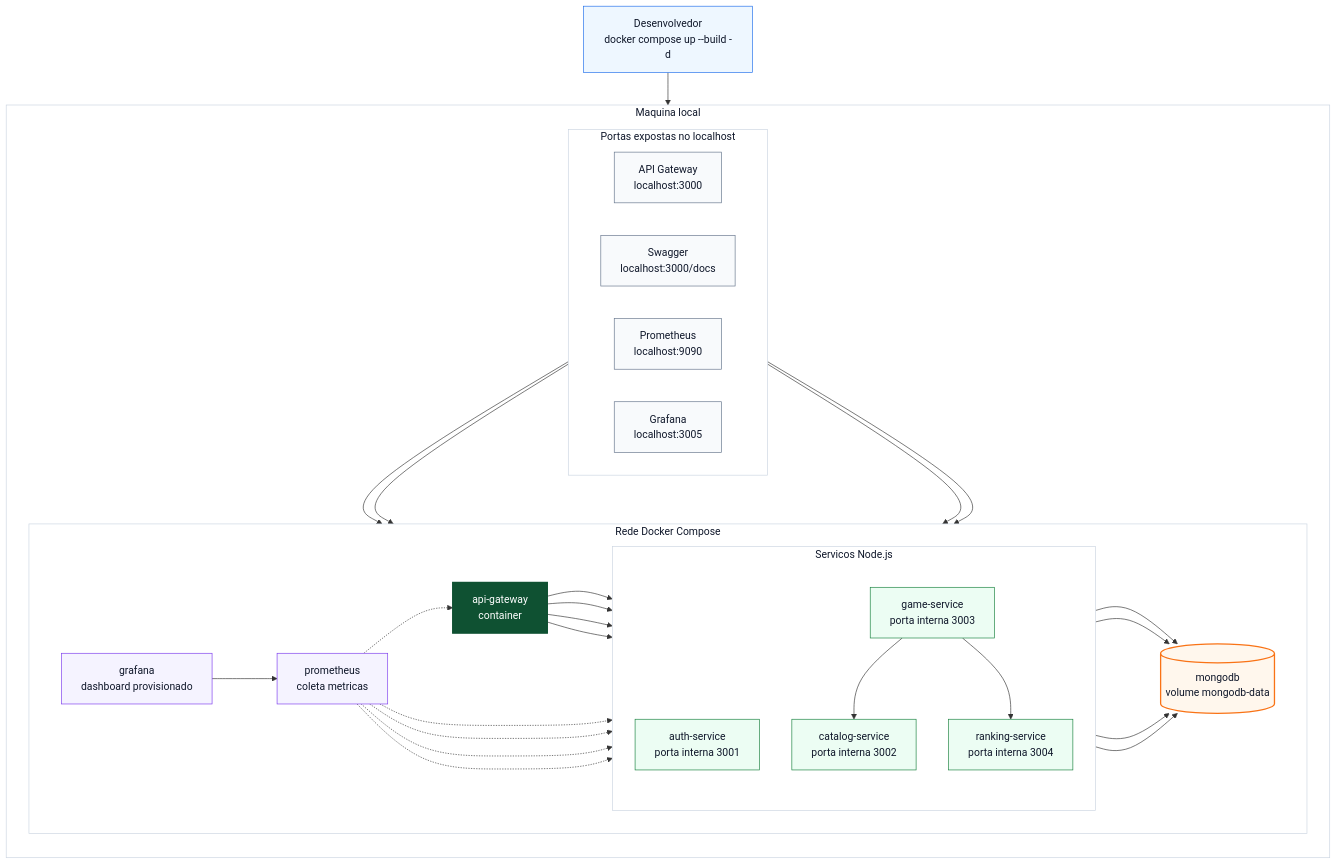
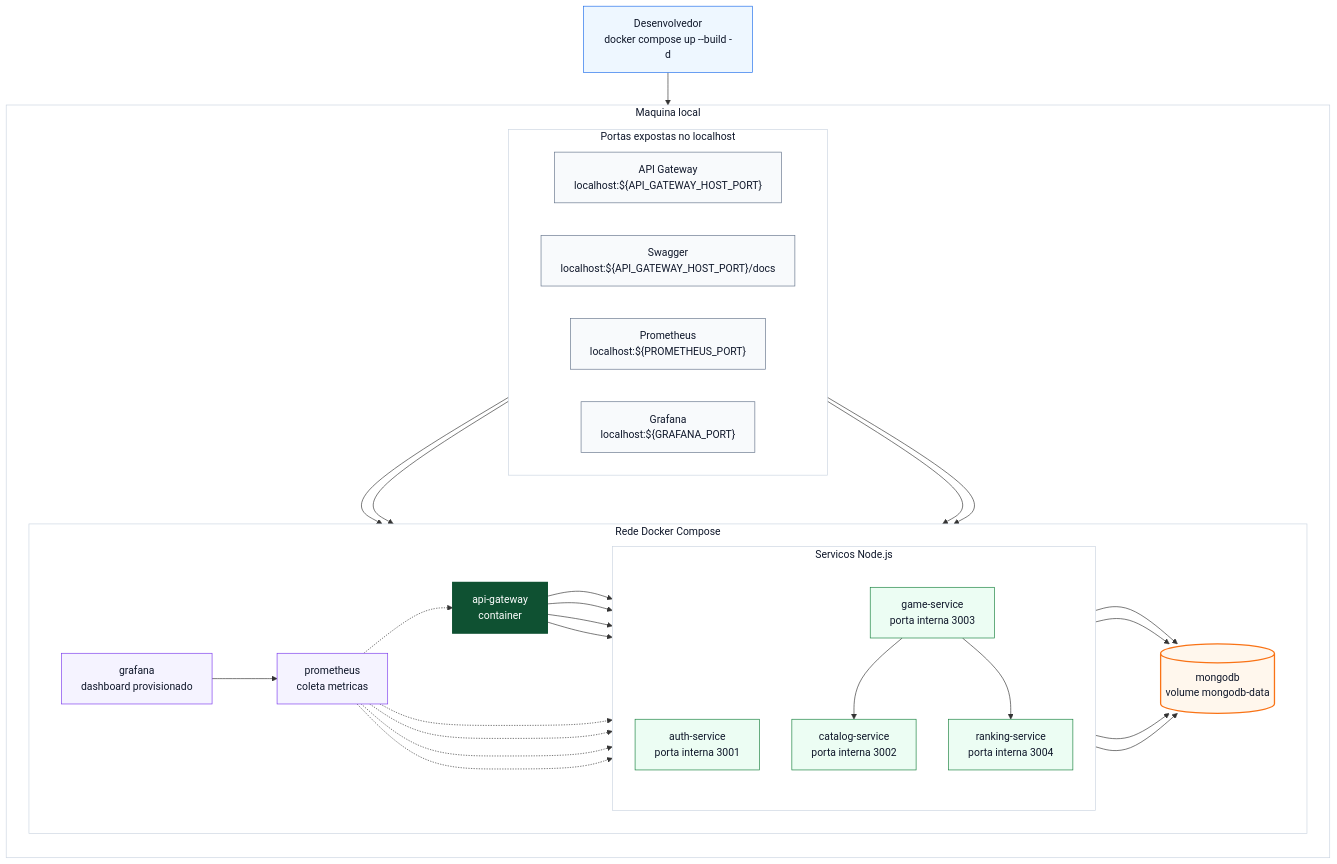
One commit to VitorFcosta/api_roguelike changed the second of 3 diagrams in docs/architecture.md. Above: the diagram before and after it, drawn with Mermaid. The commit also changed other lines of this file and 69 other files, not shown here.

````diff
--- a/docs/architecture.md
+++ b/docs/architecture.md
@@ -99,82 +99,82 @@
 ```mermaid
 flowchart TB
   %% Diagrama recomendado para Slide 11 ou apoio de Docker/Deploy.
 
   dev["Desenvolvedor<br/>docker compose up --build -d"]
 
   subgraph host["Maquina local"]
     direction TB
 
     subgraph public["Portas expostas no localhost"]
       direction LR
-      gatewayPort["API Gateway<br/>localhost:3000"]
-      swaggerPort["Swagger<br/>localhost:3000/docs"]
-      prometheusPort["Prometheus<br/>localhost:9090"]
-      grafanaPort["Grafana<br/>localhost:3005"]
+      gatewayPort["API Gateway<br/>localhost:${API_GATEWAY_HOST_PORT}"]
+      swaggerPort["Swagger<br/>localhost:${API_GATEWAY_HOST_PORT}/docs"]
+      prometheusPort["Prometheus<br/>localhost:${PROMETHEUS_PORT}"]
+      grafanaPort["Grafana<br/>localhost:${GRAFANA_PORT}"]
     end
 
     subgraph compose["Rede Docker Compose"]
       direction LR
 
       gateway["api-gateway<br/>container"]
 
       subgraph apiServices["Servicos Node.js"]
         direction TB
         auth["auth-service<br/>porta interna 3001"]
         catalog["catalog-service<br/>porta interna 3002"]
         game["game-service<br/>porta interna 3003"]
         ranking["ranking-service<br/>porta interna 3004"]
       end
 
       mongodb[("mongodb<br/>volume mongodb-data")]
       prometheus["prometheus<br/>coleta metricas"]
       grafana["grafana<br/>dashboard provisionado"]
     end
   end
 
   dev --> host
 
   gatewayPort --> gateway
   swaggerPort --> gateway
   prometheusPort --> prometheus
   grafanaPort --> grafana
 
   gateway --> auth
   gateway --> catalog
   gateway --> game
   gateway --> ranking
 
   game --> catalog
   game --> ranking
 
   auth --> mongodb
   catalog --> mongodb
   game --> mongodb
   ranking --> mongodb
 
   prometheus -.-> gateway
   prometheus -.-> auth
   prometheus -.-> catalog
   prometheus -.-> game
   prometheus -.-> ranking
   grafana --> prometheus
 
   classDef commandClass fill:#eef7ff,stroke:#1f6feb,stroke-width:1px,color:#0f172a;
   classDef portClass fill:#f8fafc,stroke:#64748b,stroke-width:1px,color:#0f172a;
   classDef gatewayClass fill:#0f5132,stroke:#0f5132,stroke-width:2px,color:#ffffff;
   classDef serviceClass fill:#ecfdf3,stroke:#17803d,stroke-width:1px,color:#0f172a;
   classDef databaseClass fill:#fff7ed,stroke:#f97316,stroke-width:2px,color:#0f172a;
   classDef observabilityClass fill:#f5f3ff,stroke:#7c3aed,stroke-width:1px,color:#0f172a;
 
   class dev commandClass;
   class gatewayPort,swaggerPort,prometheusPort,grafanaPort portClass;
   class gateway gatewayClass;
   class auth,catalog,game,ranking serviceClass;
   class mongodb databaseClass;
   class prometheus,grafana observabilityClass;
 
   style host fill:#ffffff,stroke:#cbd5e1,stroke-width:1px,color:#0f172a
   style public fill:#ffffff,stroke:#cbd5e1,stroke-width:1px,color:#0f172a
   style compose fill:#ffffff,stroke:#cbd5e1,stroke-width:1px,color:#0f172a
   style apiServices fill:#ffffff,stroke:#cbd5e1,stroke-width:1px,color:#0f172a
 ```
````
